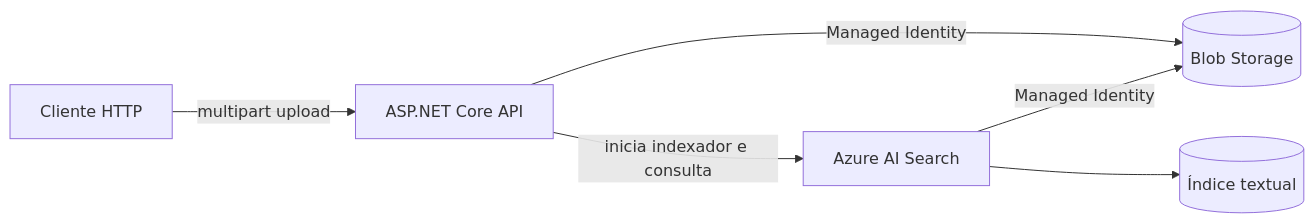
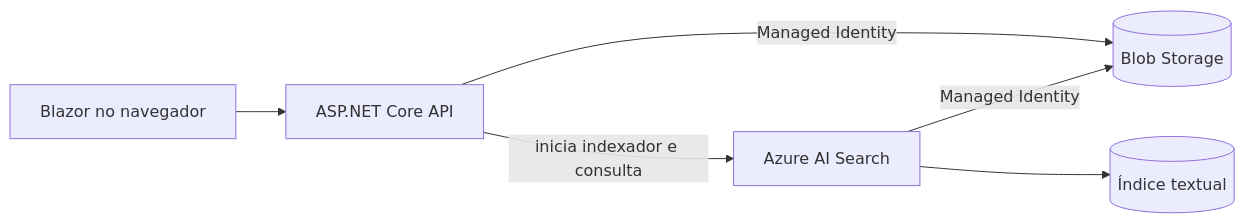
One commit to beto5001/ai-search-demo changed the diagram in README.md. Above: the diagram before and after it, drawn with Mermaid. The commit also changed other lines of this file and 8 other files, not shown here.

````diff
--- a/README.md
+++ b/README.md
@@ -7,8 +7,8 @@
 ```mermaid
 flowchart LR
-    Client[Cliente HTTP] -->|multipart upload| API[ASP.NET Core API]
+    Client[Blazor no navegador] --> API[ASP.NET Core API]
     API -->|Managed Identity| Blob[(Blob Storage)]
     API -->|inicia indexador e consulta| Search[Azure AI Search]
     Search -->|Managed Identity| Blob
     Search --> Index[(Índice textual)]
 ```
````
